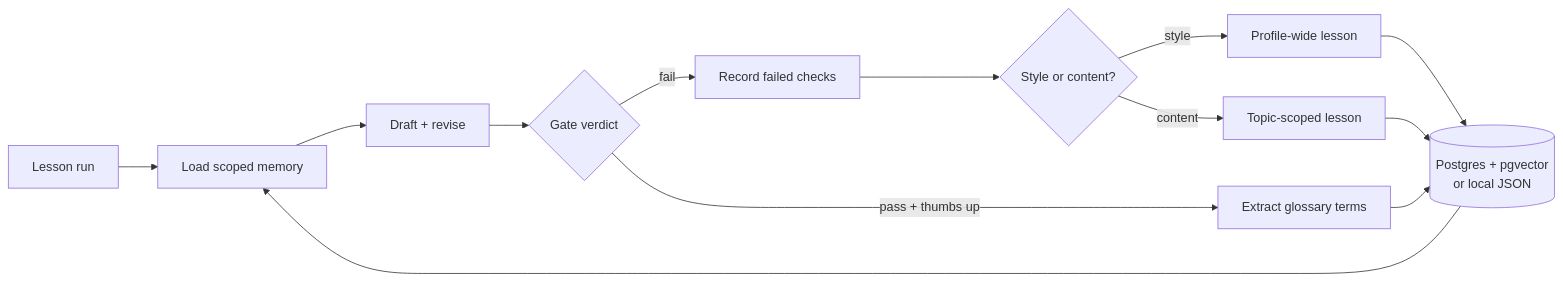
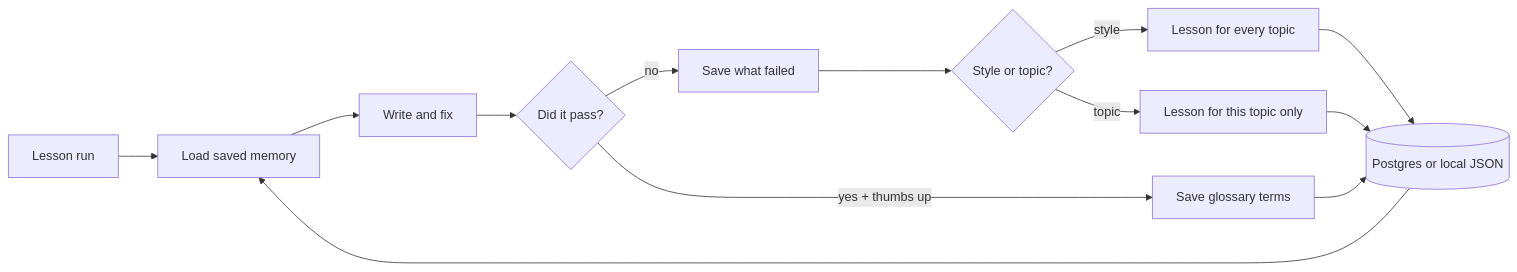
One commit to okyashgajjar/vidya-loop changed the third of 3 diagrams in README.md. Above: the diagram before and after it, drawn with Mermaid. The commit also changed other lines of this file, not shown here.

````diff
--- a/README.md
+++ b/README.md
@@ -186,15 +159,15 @@
 ```mermaid
 flowchart LR
-    RUN[Lesson run] --> CTX[Load scoped memory]
-    CTX --> GEN[Draft + revise]
-    GEN --> GATE{Gate verdict}
-    GATE -->|fail| FAIL[Record failed checks]
-    FAIL --> SCOPE{Style or content?}
-    SCOPE -->|style| PROF[Profile-wide lesson]
-    SCOPE -->|content| TOPIC[Topic-scoped lesson]
-    GATE -->|pass + thumbs up| GLOSS[Extract glossary terms]
-    PROF --> STORE[(Postgres + pgvector<br/>or local JSON)]
+    RUN[Lesson run] --> CTX[Load saved memory]
+    CTX --> GEN[Write and fix]
+    GEN --> GATE{Did it pass?}
+    GATE -->|no| FAIL[Save what failed]
+    FAIL --> SCOPE{Style or topic?}
+    SCOPE -->|style| PROF[Lesson for every topic]
+    SCOPE -->|topic| TOPIC[Lesson for this topic only]
+    GATE -->|yes + thumbs up| GLOSS[Save glossary terms]
+    PROF --> STORE[(Postgres or local JSON)]
     TOPIC --> STORE
     GLOSS --> STORE
     STORE --> CTX
 ```
````
